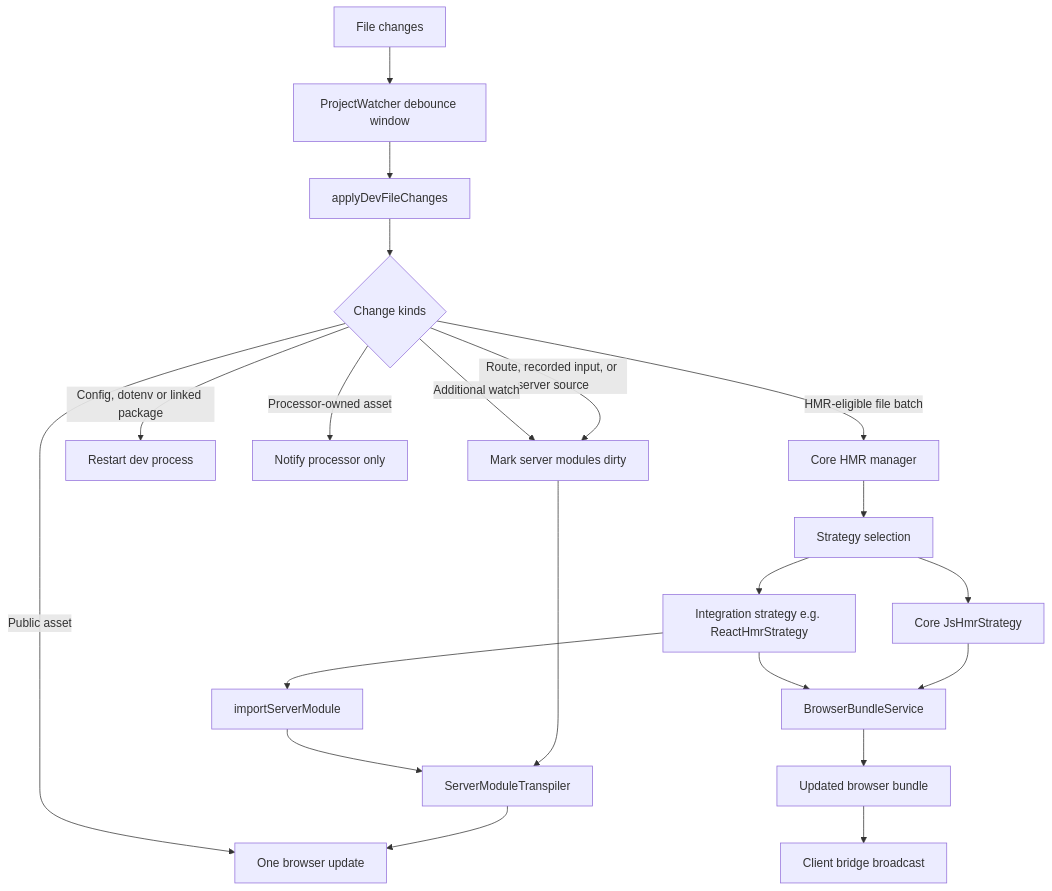
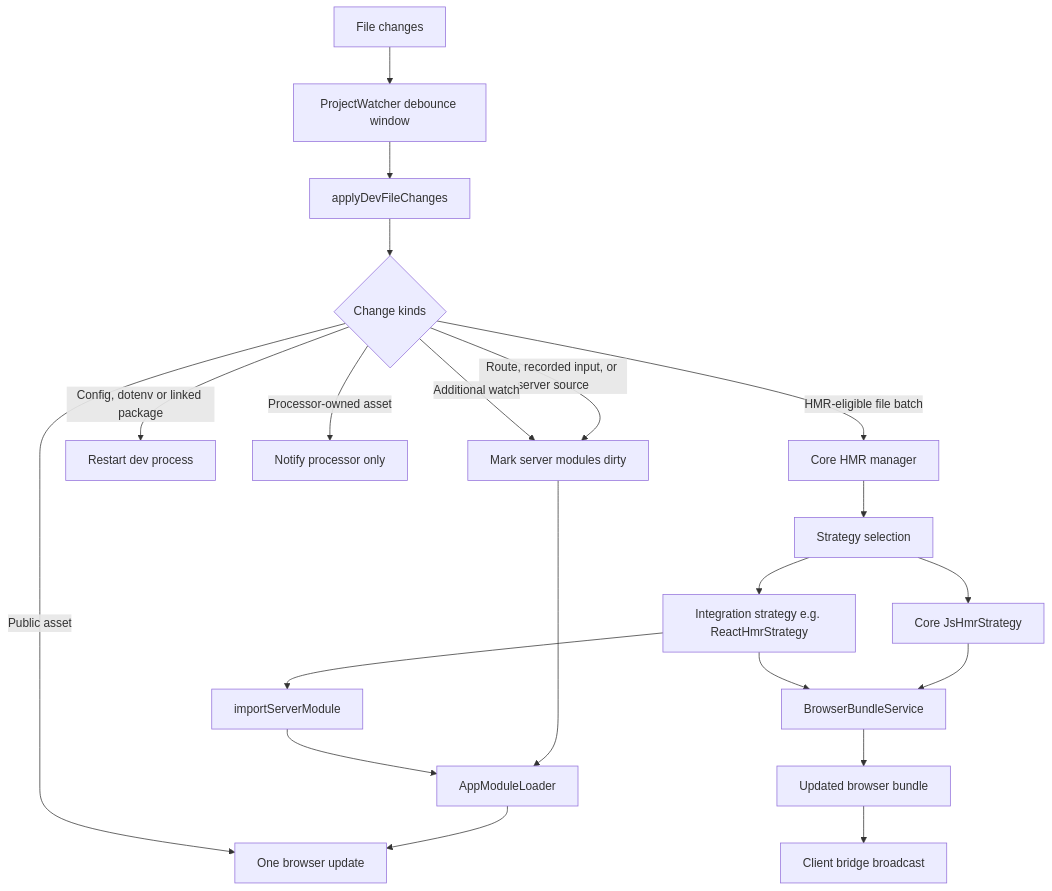
Before and after one commit to ecopages/ecopages: the second of 2 diagrams in packages/core/README.md, drawn with Mermaid. The commit also changed other lines of this file and 26 other files, not shown here.

First line of the commit message:
refactor(core): consolidate app module loading

````diff
--- a/packages/core/README.md
+++ b/packages/core/README.md
@@ -63,23 +63,23 @@
 ```mermaid
 flowchart TD
 	A[File changes] --> B[ProjectWatcher debounce window]
 	B --> C[applyDevFileChanges]
 	C --> D{Change kinds}
 	D -->|Route, recorded input, or server source| E[Mark server modules dirty]
 	D -->|Additional watch| E
 	D -->|Config, dotenv or linked package| R[Restart dev process]
 	E --> N[Notify processors]
 	N --> F[One browser update]
 	D -->|Public asset| F
 	D -->|Processor-owned asset| G[Notify processor only]
 	D -->|HMR-eligible file batch| H[Core HMR manager]
 	H --> I[Strategy selection]
 	I --> J[Core JsHmrStrategy]
 	I --> K[Integration strategy e.g. ReactHmrStrategy]
 	J --> L[BrowserBundleService]
 	K --> L
 	K --> M[importServerModule]
-	M --> N[ServerModuleTranspiler]
+	M --> N[AppModuleLoader]
 	L --> O[Updated browser bundle]
 	O --> P[Client bridge broadcast]
 ```
````
